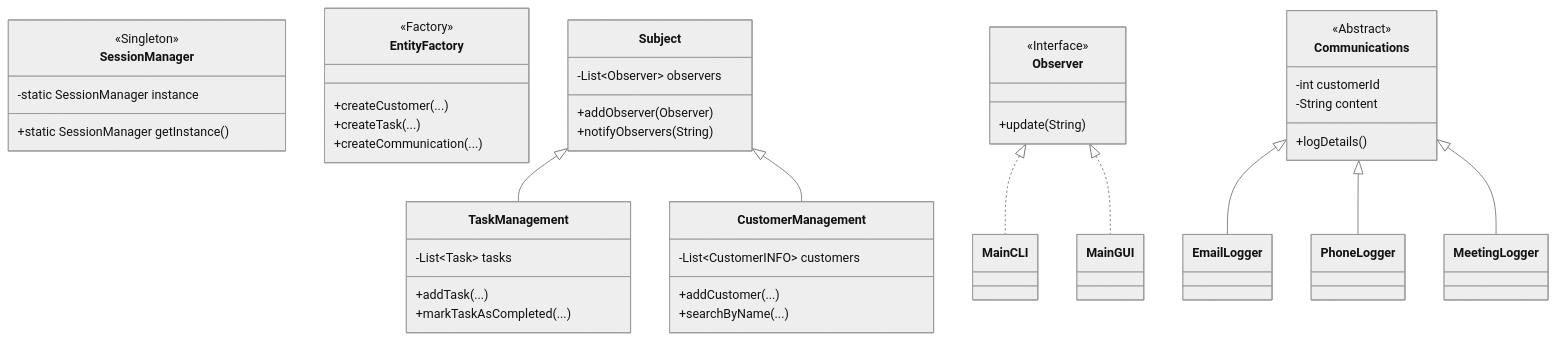
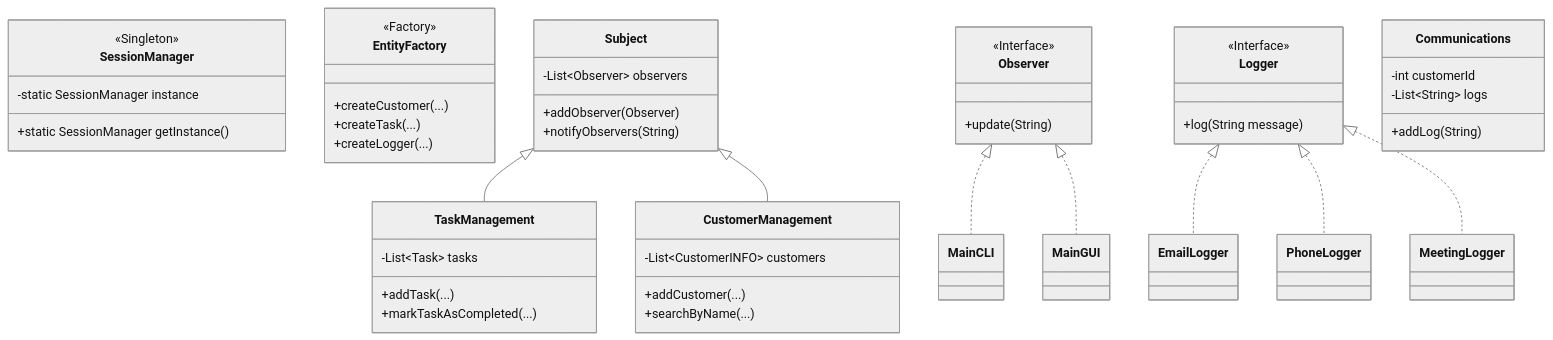
Before and after one commit to lagom7890/OOP_coursework: the second of 2 diagrams in README.md, drawn with Mermaid (neutral theme). The commit also changed other lines of this file and 1 other file, not shown here.

Commit message:
third commitment: modify several little mistakes

````diff
--- a/README.md
+++ b/README.md
@@ -63,58 +64,62 @@
 ```mermaid
 classDiagram
     class SessionManager {
         <<Singleton>>
         -static SessionManager instance
         +static SessionManager getInstance()
     }
 
     class EntityFactory {
         <<Factory>>
         +createCustomer(...)
         +createTask(...)
-        +createCommunication(...)
+        +createLogger(...)
     }
 
     class Subject {
         -List~Observer~ observers
         +addObserver(Observer)
         +notifyObservers(String)
     }
 
     class Observer {
         <<Interface>>
         +update(String)
     }
 
     class TaskManagement {
         -List~Task~ tasks
         +addTask(...)
         +markTaskAsCompleted(...)
     }
 
     class CustomerManagement {
         -List~CustomerINFO~ customers
         +addCustomer(...)
         +searchByName(...)
     }
     
+    class Logger {
+        <<Interface>>
+        +log(String message)
+    }
+    
     class Communications {
-        <<Abstract>>
         -int customerId
-        -String content
-        +logDetails()
+        -List~String~ logs
+        +addLog(String)
     }
     
     class EmailLogger
     class PhoneLogger
     class MeetingLogger
     
-    Communications <|-- EmailLogger
-    Communications <|-- PhoneLogger
-    Communications <|-- MeetingLogger
+    Logger <|.. EmailLogger
+    Logger <|.. PhoneLogger
+    Logger <|.. MeetingLogger
 
     Subject <|-- TaskManagement
     Subject <|-- CustomerManagement
     Observer <|.. MainCLI
     Observer <|.. MainGUI
 ```
````
